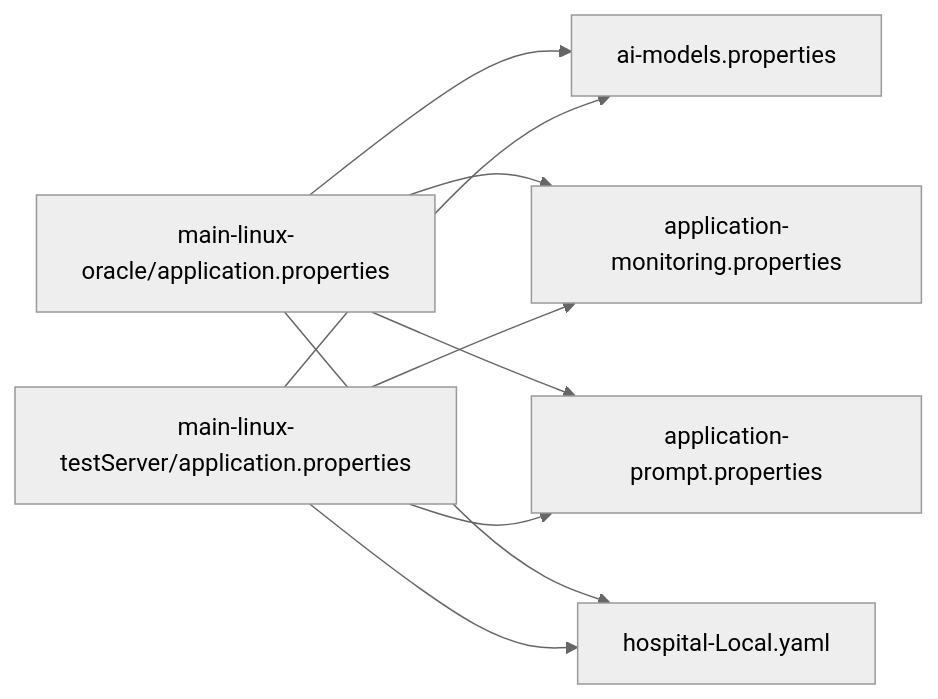
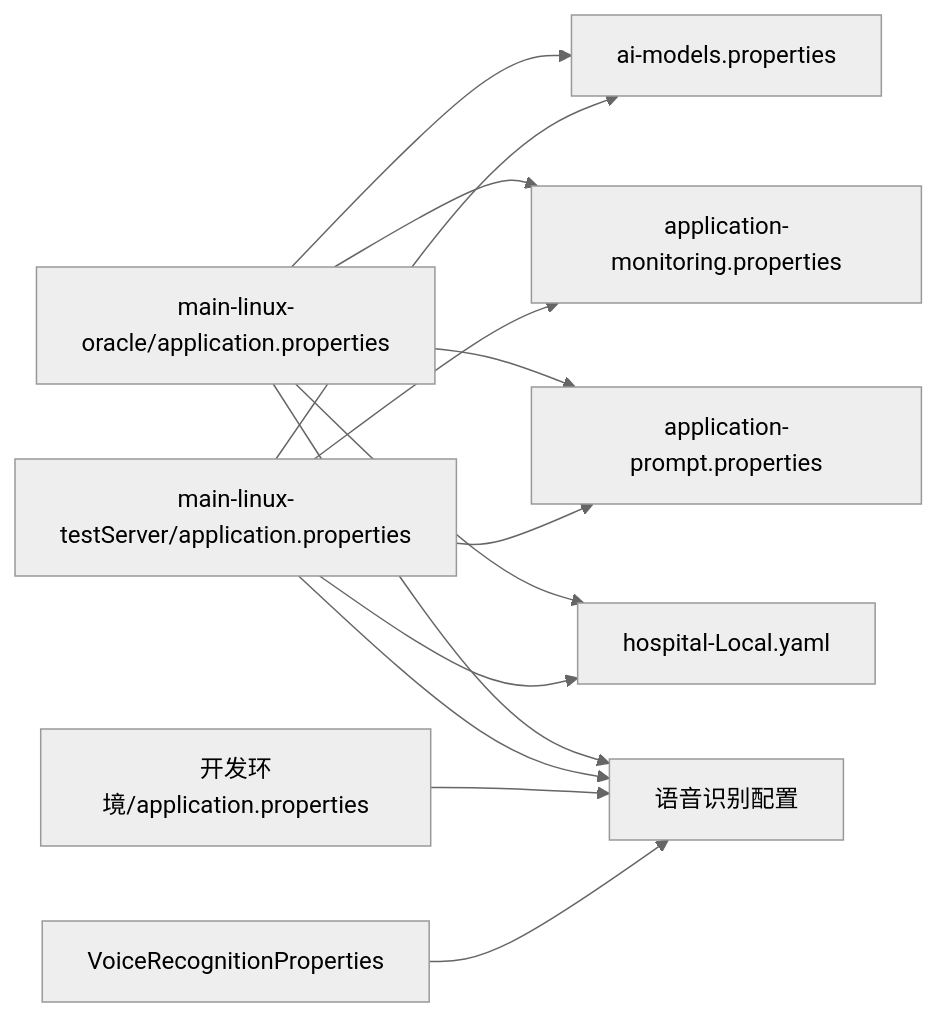
The third of 3 diagrams in .qoder/repowiki/zh/content/配置管理/配置管理.md (liuzh2008/med_ai_assistant_workspace), drawn with Mermaid (neutral theme) before and after one commit. The commit also changed other lines of this file and 4 other files, not shown here.

````diff
--- a/.qoder/repowiki/zh/content/配置管理/配置管理.md
+++ b/.qoder/repowiki/zh/content/配置管理/配置管理.md
@@ -236,17 +319,24 @@
 ```mermaid
 graph LR
 ORA_APP["main-linux-oracle/application.properties"]
 TEST_APP["main-linux-testServer/application.properties"]
+DEV_APP["开发环境/application.properties"]
 AI_FILE["ai-models.properties"]
 MONITOR["application-monitoring.properties"]
 PROMPT["application-prompt.properties"]
 HOSP["hospital-Local.yaml"]
+VOICE_CLASS["VoiceRecognitionProperties"]
+VOICE_CONFIG["语音识别配置"]
 ORA_APP --> AI_FILE
 TEST_APP --> AI_FILE
 ORA_APP --> MONITOR
 TEST_APP --> MONITOR
 ORA_APP --> PROMPT
 TEST_APP --> PROMPT
 ORA_APP --> HOSP
 TEST_APP --> HOSP
+ORA_APP --> VOICE_CONFIG
+TEST_APP --> VOICE_CONFIG
+DEV_APP --> VOICE_CONFIG
+VOICE_CLASS --> VOICE_CONFIG
 ```
````
